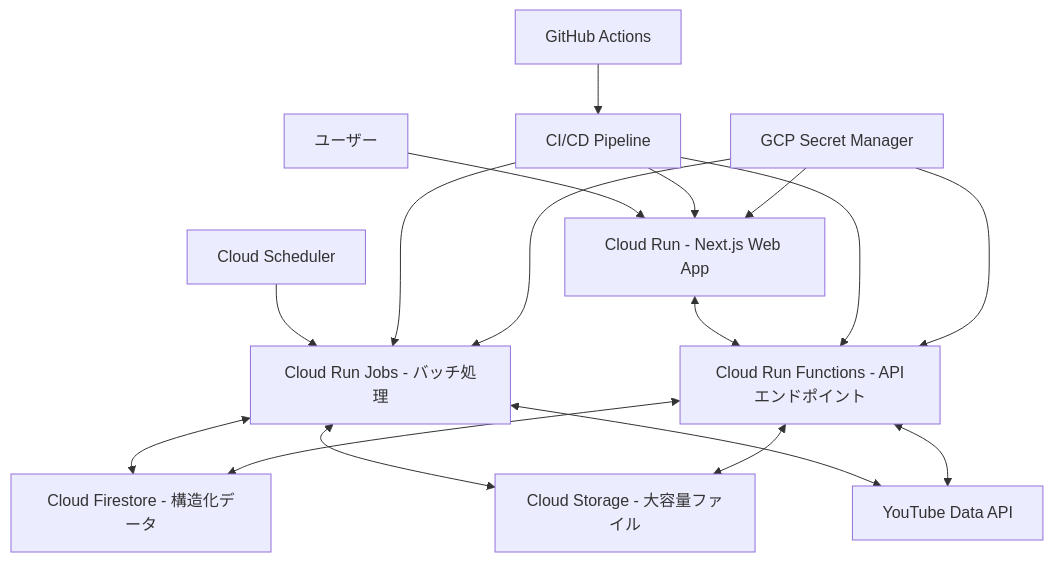
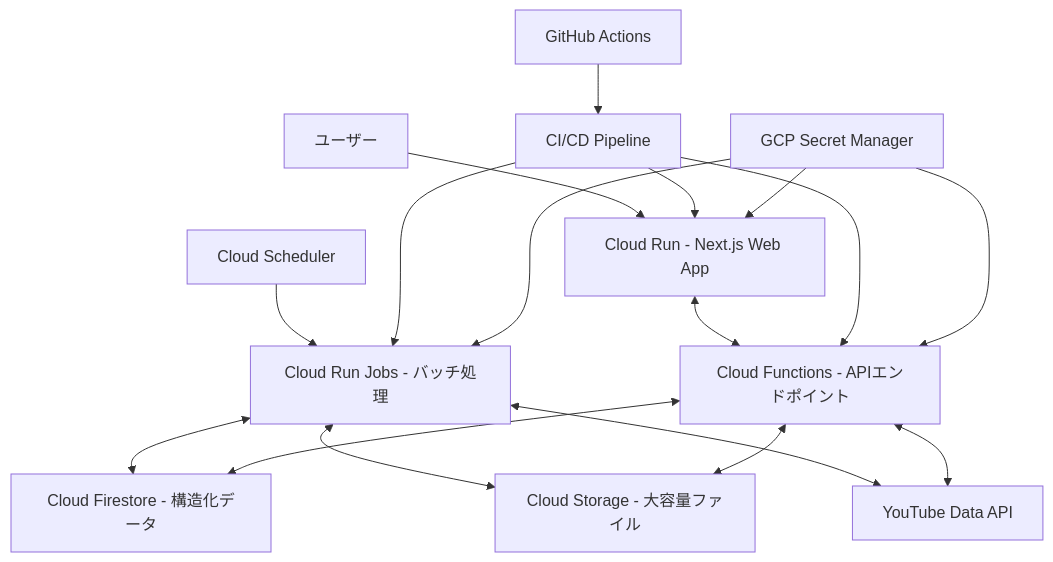
The diagram in docs/GCP_DEPLOYMENT_DESIGN.md (nothink-jp/suzumina.click), drawn with Mermaid before and after one commit. The commit also changed other lines of this file and 10 other files, not shown here.

````diff
--- a/docs/GCP_DEPLOYMENT_DESIGN.md
+++ b/docs/GCP_DEPLOYMENT_DESIGN.md
@@ -5,19 +5,19 @@
 ```mermaid
 flowchart TD
     A["ユーザー"] --> B["Cloud Run - Next.js Web App"]
-    B <--> C["Cloud Run Functions - APIエンドポイント"]
+    B <--> C["Cloud Functions - APIエンドポイント"]
     D["Cloud Scheduler"] --> E["Cloud Run Jobs - バッチ処理"]
     E <--> F["Cloud Firestore - 構造化データ"]
     C <--> F
     E <--> J["Cloud Storage - 大容量ファイル"]
     C <--> J
     E <--> K["YouTube Data API"]
     C <--> K
     G["GitHub Actions"] --> H["CI/CD Pipeline"]
     H --> B
     H --> C
     H --> E
     I["GCP Secret Manager"] --> B
     I --> C
     I --> E
 ```
````
